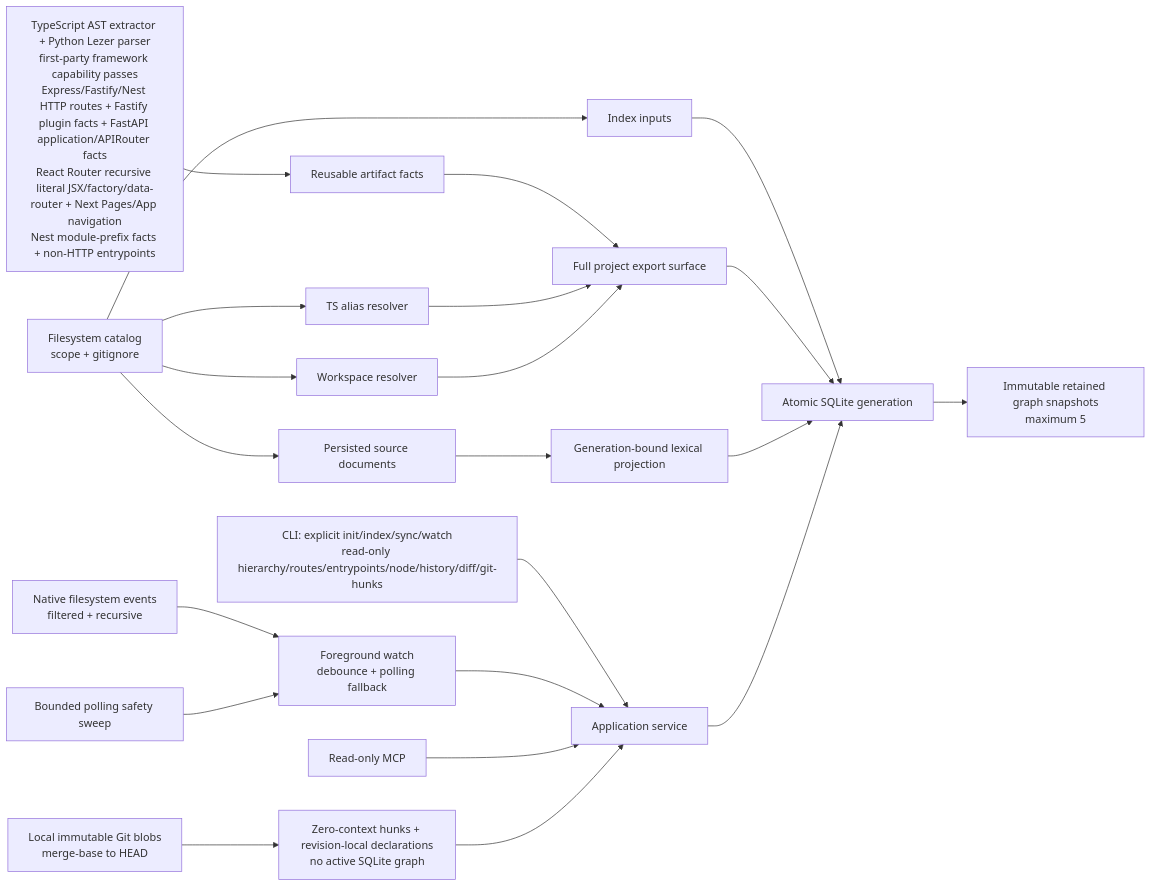
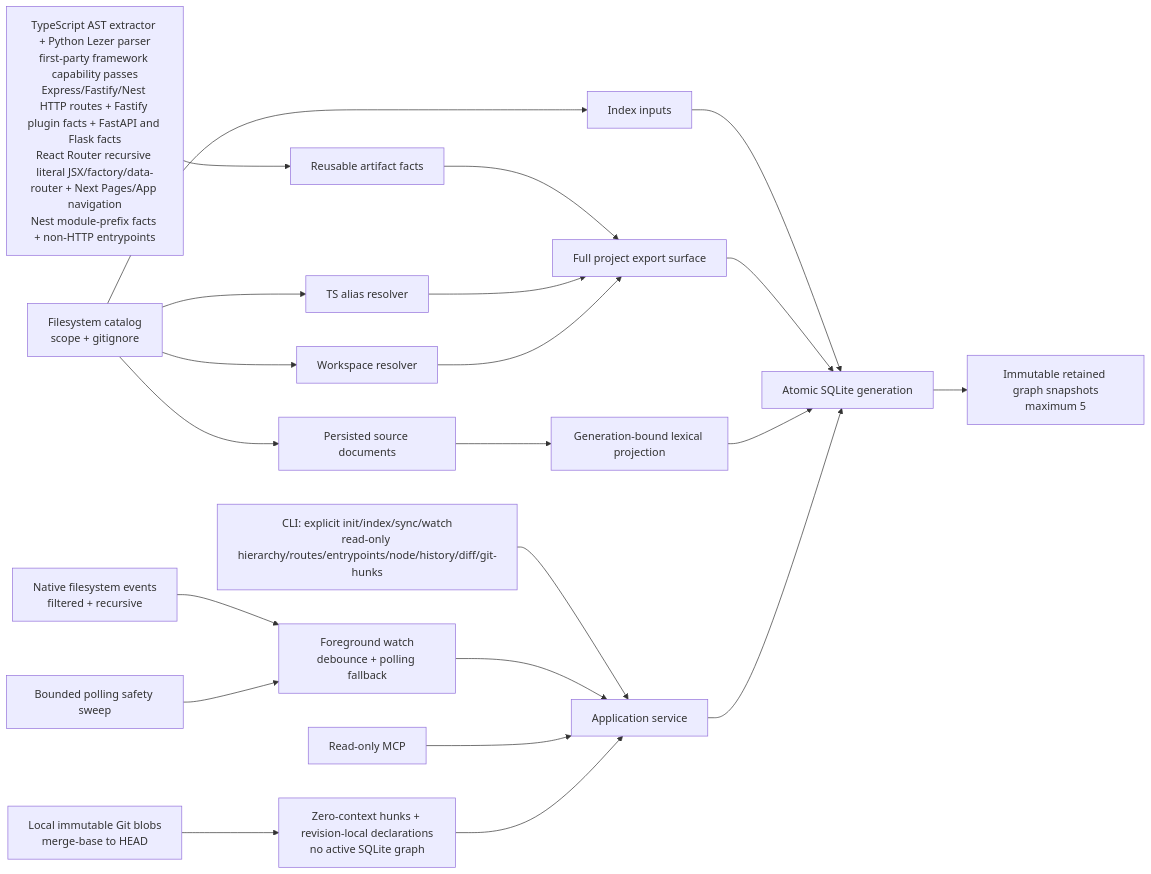
Before and after one commit to HsinPu/SymbolLattice: the diagram in README.md, drawn with Mermaid. The commit also changed other lines of this file and 11 other files, not shown here.

````diff
--- a/README.md
+++ b/README.md
@@ -954,23 +990,23 @@
 ```mermaid
 flowchart LR
   CLI["CLI: explicit init/index/sync/watch\nread-only hierarchy/routes/entrypoints/node/history/diff/git-hunks"] --> App["Application service"]
   Native["Native filesystem events\nfiltered + recursive"] --> Watch["Foreground watch\ndebounce + polling fallback"]
   Timer["Bounded polling safety sweep"] --> Watch
   Watch --> App
   MCP["Read-only MCP"] --> App
   Git["Local immutable Git blobs\nmerge-base to HEAD"] --> GitHunks["Zero-context hunks + revision-local declarations\nno active SQLite graph"] --> App
   Catalog["Filesystem catalog\nscope + gitignore"] --> Inputs["Index inputs"]
   Catalog --> TS["TS alias resolver"]
   Catalog --> WS["Workspace resolver"]
-  Extractor["TypeScript AST extractor + Python Lezer parser\nfirst-party framework capability passes\nExpress/Fastify/Nest HTTP routes + Fastify plugin facts + FastAPI application/APIRouter facts\nReact Router recursive literal JSX/factory/data-router + Next Pages/App navigation\nNest module-prefix facts + non-HTTP entrypoints"] --> Facts["Reusable artifact facts"]
+  Extractor["TypeScript AST extractor + Python Lezer parser\nfirst-party framework capability passes\nExpress/Fastify/Nest HTTP routes + Fastify plugin facts + FastAPI and Flask facts\nReact Router recursive literal JSX/factory/data-router + Next Pages/App navigation\nNest module-prefix facts + non-HTTP entrypoints"] --> Facts["Reusable artifact facts"]
   Catalog --> SourceDocs["Persisted source documents"]
   SourceDocs --> Retrieval["Generation-bound lexical projection"]
   Facts --> Resolver["Full project export surface"]
   TS --> Resolver
   WS --> Resolver
   Inputs --> SQLite["Atomic SQLite generation"]
   Resolver --> SQLite
   Retrieval --> SQLite
   SQLite --> Retained["Immutable retained graph snapshots\nmaximum 5"]
   App --> SQLite
 ```
````
